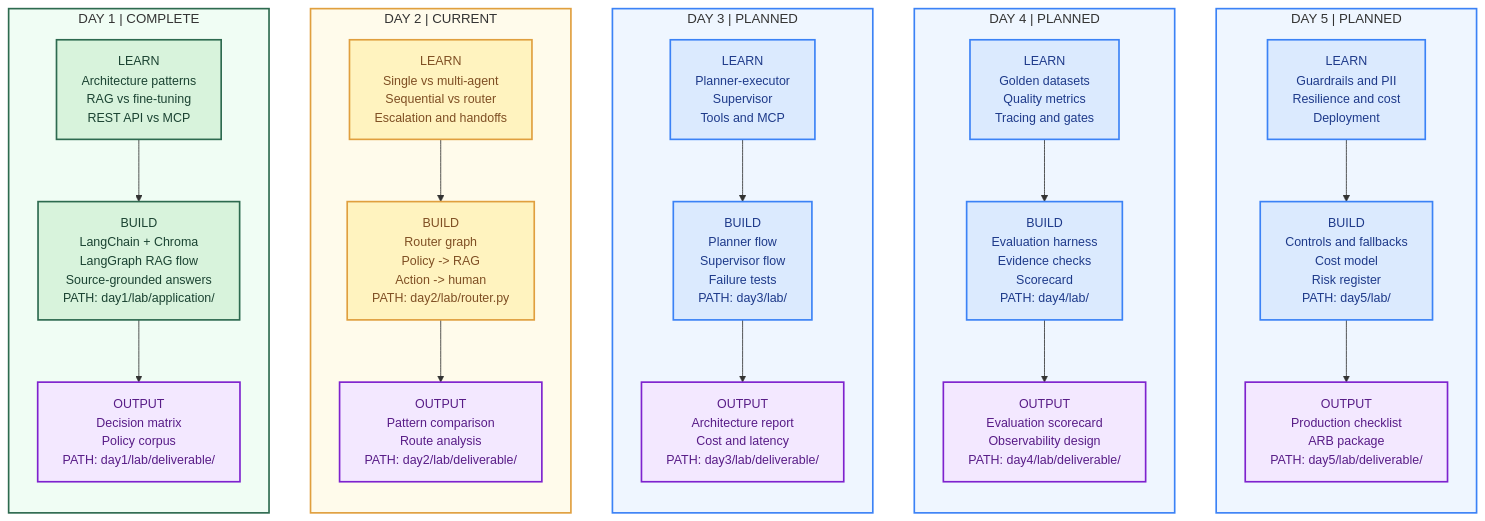
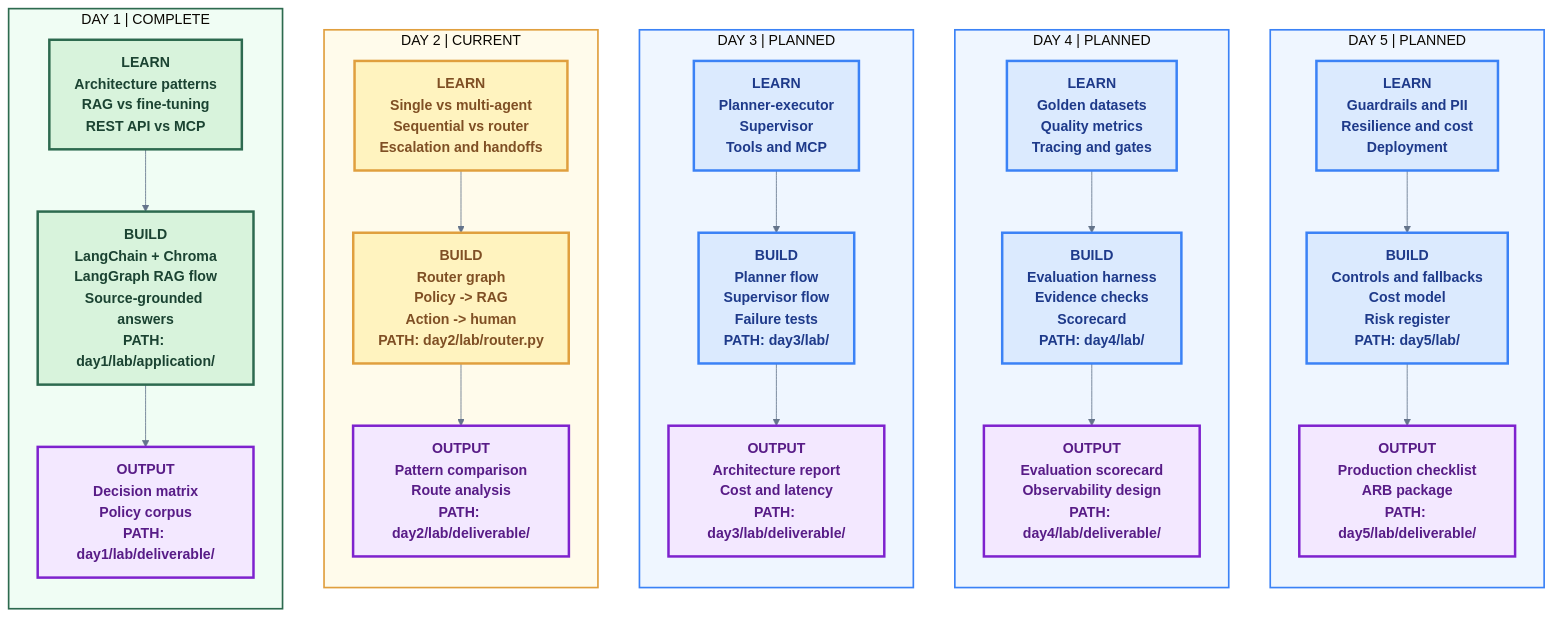
One commit to rakeshmatha/advanced-agentic-ai changed the diagram in README.md. Above: the diagram before and after it, drawn with Mermaid.

Commit message:
Improve learning graph text rendering

````diff
--- a/README.md
+++ b/README.md
@@ -39,39 +39,40 @@
 ```mermaid
+%%{init: {"theme": "base", "themeVariables": {"fontFamily": "Segoe UI, sans-serif", "fontSize": "17px", "primaryTextColor": "#111827", "lineColor": "#64748b", "clusterBkg": "#ffffff", "clusterBorder": "#94a3b8"}}}%%
 flowchart LR
     subgraph DAY1["DAY 1 | COMPLETE"]
         direction TB
         D1T["LEARN\nArchitecture patterns\nRAG vs fine-tuning\nREST API vs MCP"] --> D1B["BUILD\nLangChain + Chroma\nLangGraph RAG flow\nSource-grounded answers\nPATH: day1/lab/application/"] --> D1O["OUTPUT\nDecision matrix\nPolicy corpus\nPATH: day1/lab/deliverable/"]
     end
     subgraph DAY2["DAY 2 | CURRENT"]
         direction TB
         D2T["LEARN\nSingle vs multi-agent\nSequential vs router\nEscalation and handoffs"] --> D2B["BUILD\nRouter graph\nPolicy -> RAG\nAction -> human\nPATH: day2/lab/router.py"] --> D2O["OUTPUT\nPattern comparison\nRoute analysis\nPATH: day2/lab/deliverable/"]
     end
     subgraph DAY3["DAY 3 | PLANNED"]
         direction TB
         D3T["LEARN\nPlanner-executor\nSupervisor\nTools and MCP"] --> D3B["BUILD\nPlanner flow\nSupervisor flow\nFailure tests\nPATH: day3/lab/"] --> D3O["OUTPUT\nArchitecture report\nCost and latency\nPATH: day3/lab/deliverable/"]
     end
     subgraph DAY4["DAY 4 | PLANNED"]
         direction TB
         D4T["LEARN\nGolden datasets\nQuality metrics\nTracing and gates"] --> D4B["BUILD\nEvaluation harness\nEvidence checks\nScorecard\nPATH: day4/lab/"] --> D4O["OUTPUT\nEvaluation scorecard\nObservability design\nPATH: day4/lab/deliverable/"]
     end
     subgraph DAY5["DAY 5 | PLANNED"]
         direction TB
         D5T["LEARN\nGuardrails and PII\nResilience and cost\nDeployment"] --> D5B["BUILD\nControls and fallbacks\nCost model\nRisk register\nPATH: day5/lab/"] --> D5O["OUTPUT\nProduction checklist\nARB package\nPATH: day5/lab/deliverable/"]
     end
 
     DAY1 ~~~ DAY2 ~~~ DAY3 ~~~ DAY4 ~~~ DAY5
 
-    classDef complete fill:#d8f3dc,stroke:#2d6a4f,color:#1b4332,stroke-width:2px,font-size:15px
-    classDef current fill:#fff3bf,stroke:#e09f3e,color:#7f4f24,stroke-width:2px,font-size:15px
-    classDef planned fill:#dbeafe,stroke:#3b82f6,color:#1e3a8a,stroke-width:2px,font-size:15px
-    classDef deliverable fill:#f3e8ff,stroke:#7e22ce,color:#581c87,stroke-width:2px,font-size:15px
+    classDef complete fill:#d8f3dc,stroke:#2d6a4f,color:#1b4332,stroke-width:3px,font-size:17px,font-weight:bold
+    classDef current fill:#fff3bf,stroke:#e09f3e,color:#7f4f24,stroke-width:3px,font-size:17px,font-weight:bold
+    classDef planned fill:#dbeafe,stroke:#3b82f6,color:#1e3a8a,stroke-width:3px,font-size:17px,font-weight:bold
+    classDef deliverable fill:#f3e8ff,stroke:#7e22ce,color:#581c87,stroke-width:3px,font-size:17px,font-weight:bold
     class D1T,D1B complete
     class D1O,D2O,D3O,D4O,D5O deliverable
     class D2T,D2B current
     class D3T,D3B,D4T,D4B,D5T,D5B planned
     style DAY1 fill:#f0fdf4,stroke:#2d6a4f,stroke-width:2px
     style DAY2 fill:#fffbeb,stroke:#e09f3e,stroke-width:2px
     style DAY3 fill:#eff6ff,stroke:#3b82f6,stroke-width:2px
     style DAY4 fill:#eff6ff,stroke:#3b82f6,stroke-width:2px
     style DAY5 fill:#eff6ff,stroke:#3b82f6,stroke-width:2px
 ```
````
